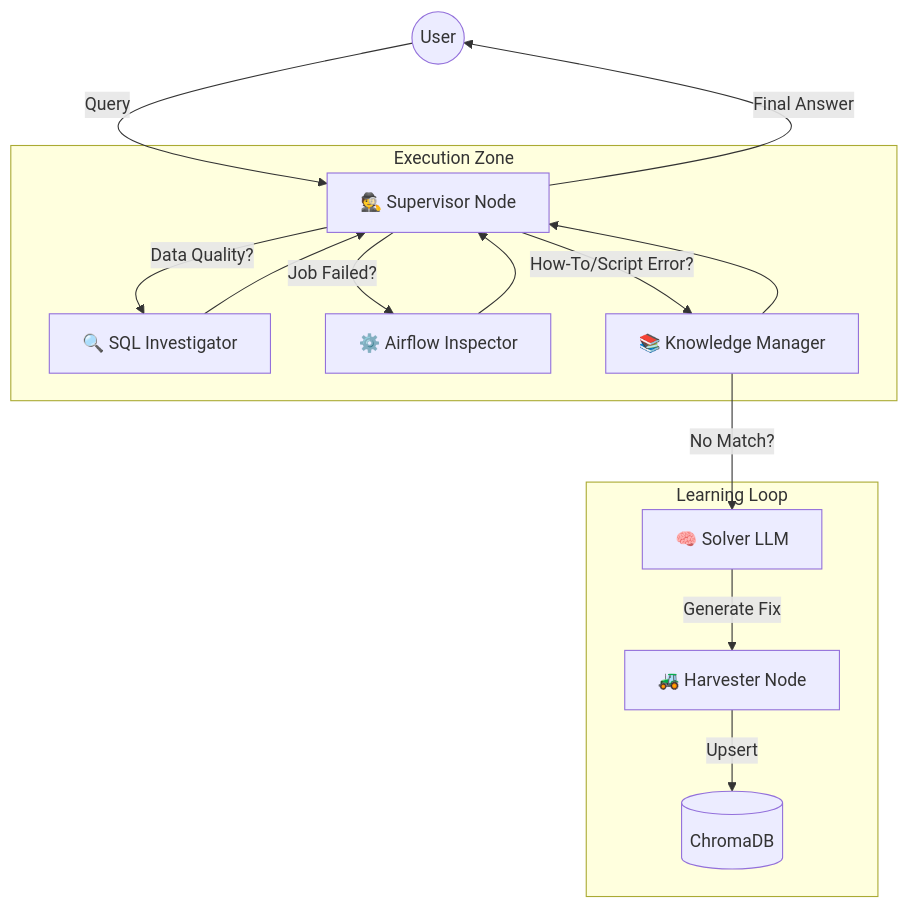
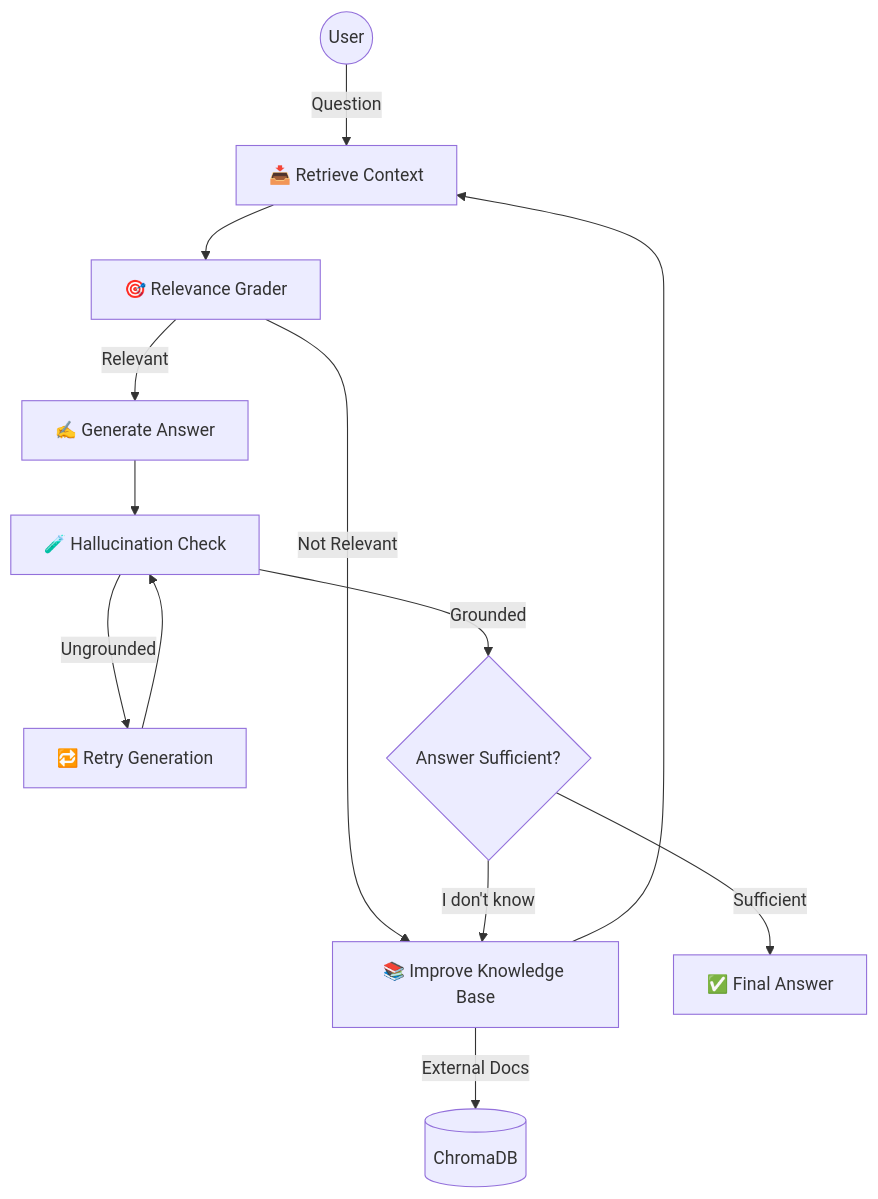
The diagram in README.md (howdoyoustan/BFS-Data-Bot), drawn with Mermaid before and after one commit. The commit also changed other lines of this file, not shown here.

````diff
--- a/README.md
+++ b/README.md
@@ -13,21 +15,21 @@
 ```mermaid
 graph TD
-    User((User)) -->|Query| Supervisor[🕵️ Supervisor Node]
-    
-    subgraph "Execution Zone"
-        Supervisor -->|Data Quality?| SQL[🔍 SQL Investigator]
-        Supervisor -->|Job Failed?| Airflow[⚙️ Airflow Inspector]
-        Supervisor -->|How-To/Script Error?| KB[📚 Knowledge Manager]
-    end
-    
-    subgraph "Learning Loop"
-        KB -->|No Match?| LLM[🧠 Solver LLM]
-        LLM -->|Generate Fix| Harvester[🚜 Harvester Node]
-        Harvester -->|Upsert| VectorDB[(ChromaDB)]
-    end
-    
-    SQL --> Supervisor
-    Airflow --> Supervisor
-    KB --> Supervisor
-    Supervisor -->|Final Answer| User
+    User((User)) -->|Question| Retrieve[📥 Retrieve Context]
+    Retrieve --> Relevance[🎯 Relevance Grader]
+
+    Relevance -->|Relevant| Generate[✍️ Generate Answer]
+    Relevance -->|Not Relevant| ImproveKB[📚 Improve Knowledge Base]
+
+    Generate --> Hallucination[🧪 Hallucination Check]
+
+    Hallucination -->|Ungrounded| Retry[🔁 Retry Generation]
+    Hallucination -->|Grounded| Decision{Answer Sufficient?}
+
+    Retry --> Hallucination
+
+    Decision -->|I don't know| ImproveKB
+    Decision -->|Sufficient| Final[✅ Final Answer]
+
+    ImproveKB -->|External Docs| VectorDB[(ChromaDB)]
+    ImproveKB --> Retrieve
 ```
````
